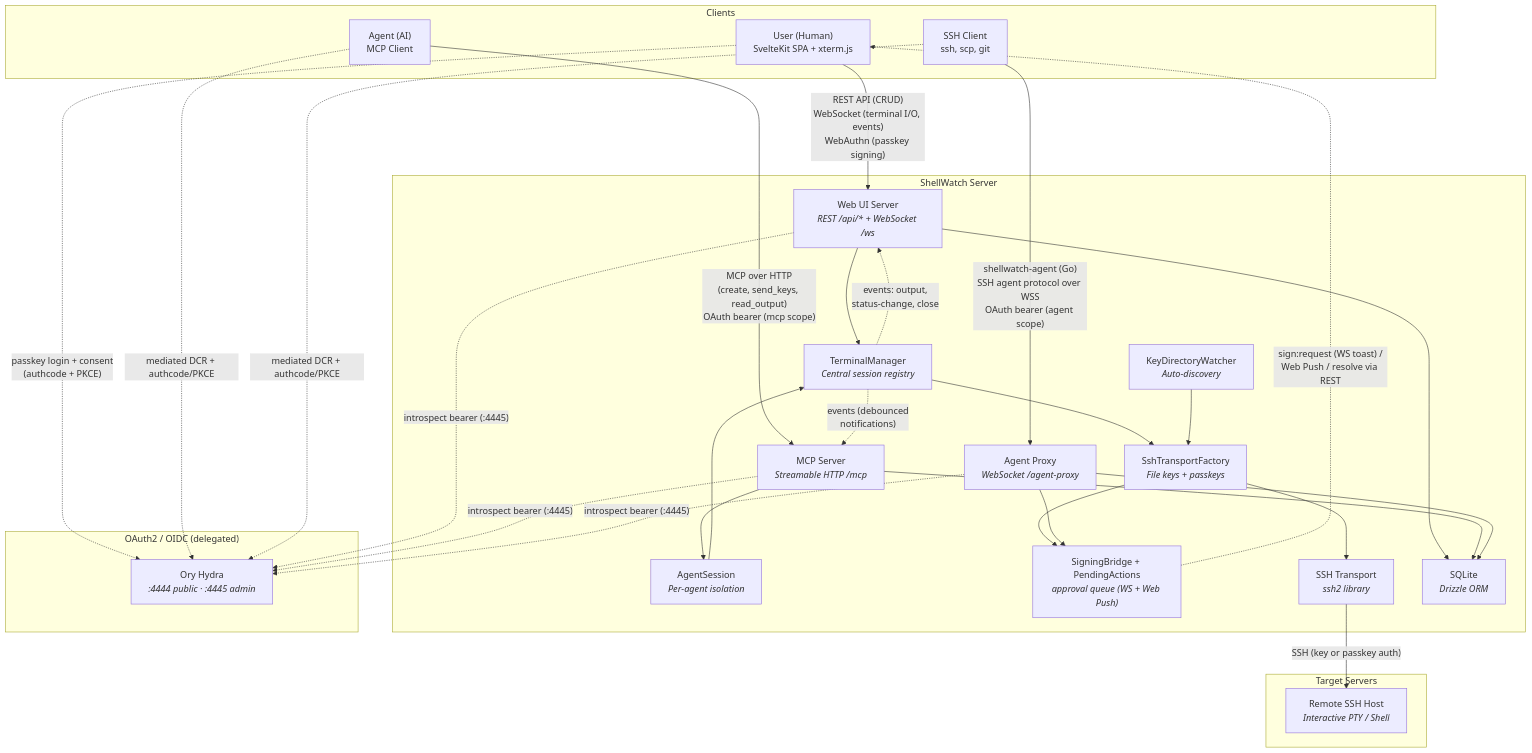
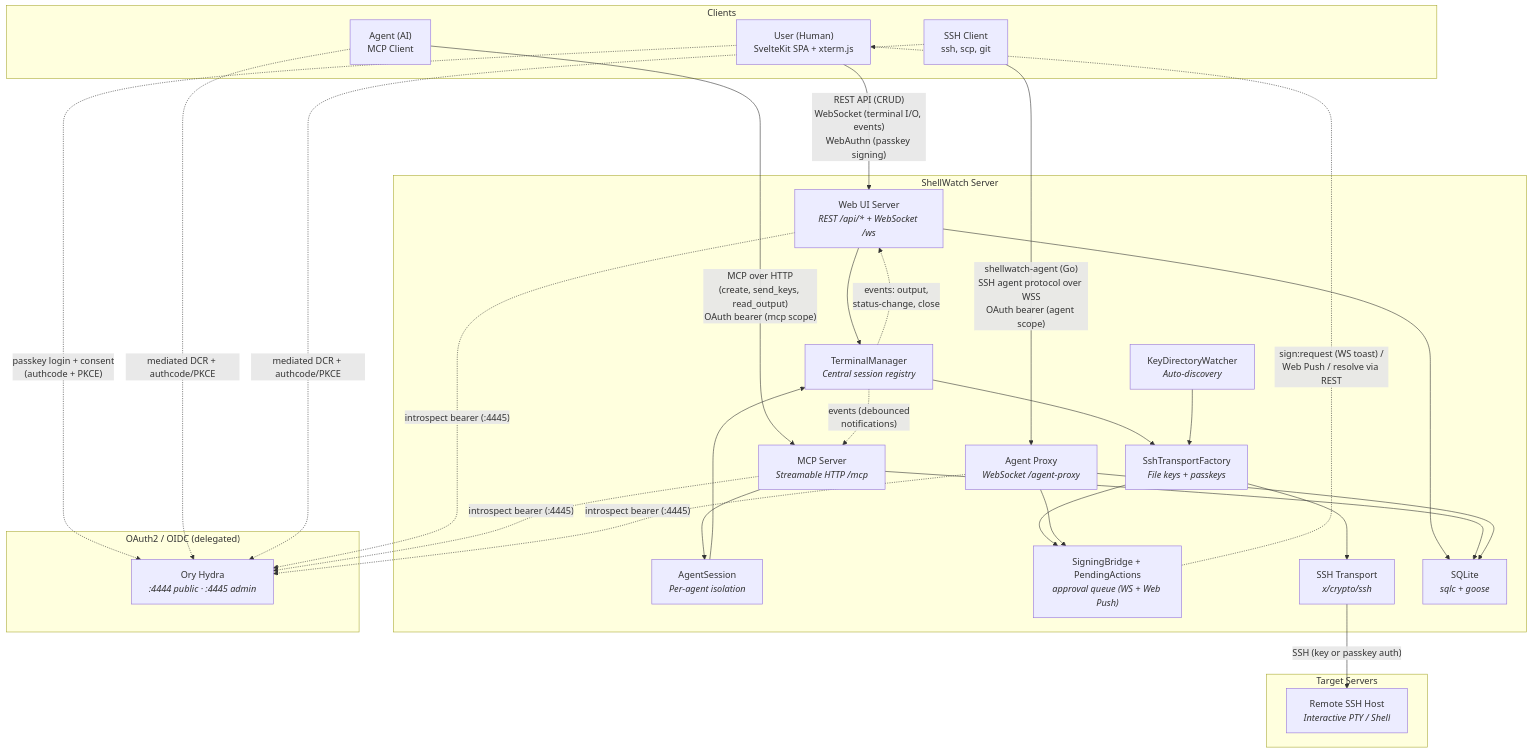
One commit to rado0x54/ShellWatch changed the first of 3 diagrams in docs/architecture-diagram.md. Above: the diagram before and after it, drawn with Mermaid. The commit also changed other lines of this file and 502 other files, not shown here.

````diff
--- a/docs/architecture-diagram.md
+++ b/docs/architecture-diagram.md
@@ -5,56 +5,56 @@
 ```mermaid
 graph TB
     subgraph Clients
         User["User (Human)<br/>SvelteKit SPA + xterm.js"]
         Agent["Agent (AI)<br/>MCP Client"]
         SSHCli["SSH Client<br/>ssh, scp, git"]
     end
 
     subgraph ShellWatch["ShellWatch Server"]
         WebUI["Web UI Server<br/><i>REST /api/* + WebSocket /ws</i>"]
         MCP["MCP Server<br/><i>Streamable HTTP /mcp</i>"]
         AgentProxy["Agent Proxy<br/><i>WebSocket /agent-proxy</i>"]
         AS["AgentSession<br/><i>Per-agent isolation</i>"]
         TM["TerminalManager<br/><i>Central session registry</i>"]
         SB["SigningBridge + PendingActions<br/><i>approval queue (WS + Web Push)</i>"]
         STF["SshTransportFactory<br/><i>File keys + passkeys</i>"]
-        SSH["SSH Transport<br/><i>ssh2 library</i>"]
+        SSH["SSH Transport<br/><i>x/crypto/ssh</i>"]
         KDW["KeyDirectoryWatcher<br/><i>Auto-discovery</i>"]
-        DB["SQLite<br/><i>Drizzle ORM</i>"]
+        DB["SQLite<br/><i>sqlc + goose</i>"]
 
         MCP --> AS
         AS --> TM
         WebUI --> TM
         TM --> STF
         STF --> SSH
         STF --> SB
         AgentProxy --> SB
         KDW --> STF
         WebUI --> DB
         MCP --> DB
         AgentProxy --> DB
     end
 
     subgraph Targets["Target Servers"]
         Remote["Remote SSH Host<br/><i>Interactive PTY / Shell</i>"]
     end
 
     User -- "REST API (CRUD)<br/>WebSocket (terminal I/O, events)<br/>WebAuthn (passkey signing)" --> WebUI
     Agent -- "MCP over HTTP<br/>(create, send_keys, read_output)<br/>OAuth bearer (mcp scope)" --> MCP
     SSHCli -- "shellwatch-agent (Go)<br/>SSH agent protocol over WSS<br/>OAuth bearer (agent scope)" --> AgentProxy
     SSH -- "SSH (key or passkey auth)" --> Remote
 
     SB -. "sign:request (WS toast) /<br/>Web Push / resolve via REST" .-> User
     TM -. "events: output,<br/>status-change, close" .-> WebUI
     TM -. "events (debounced<br/>notifications)" .-> MCP
 
     subgraph Auth["OAuth2 / OIDC (delegated)"]
         Hydra["Ory Hydra<br/><i>:4444 public · :4445 admin</i>"]
     end
     User -. "passkey login + consent<br/>(authcode + PKCE)" .-> Hydra
     Agent -. "mediated DCR + authcode/PKCE" .-> Hydra
     SSHCli -. "mediated DCR + authcode/PKCE" .-> Hydra
     WebUI -. "introspect bearer (:4445)" .-> Hydra
     MCP -. "introspect bearer (:4445)" .-> Hydra
     AgentProxy -. "introspect bearer (:4445)" .-> Hydra
 ```
````
